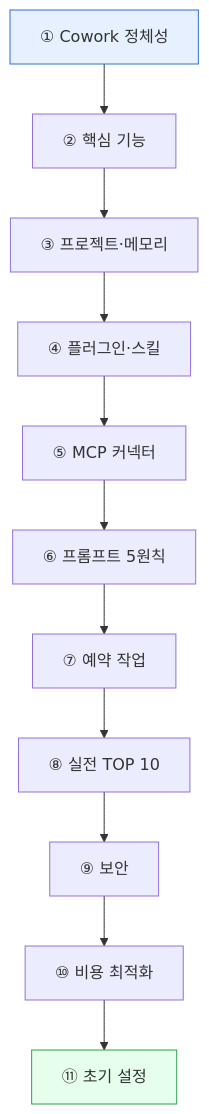
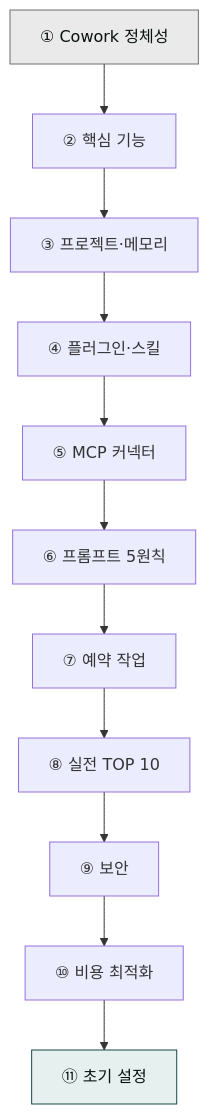
Before and after one commit to modu-ai/claude: the diagram in content/cookbook/best-practices.md, drawn with Mermaid. The commit also changed 97 other files, not shown here.

First line of the commit message:
style(docs-site): mermaid 색상 브랜드 정합 + 라이트 테마 단일화

````diff
--- a/content/cookbook/best-practices.md
+++ b/content/cookbook/best-practices.md
@@ -10,16 +10,16 @@
 ```mermaid
 flowchart TD
     A["① Cowork 정체성"] --> B["② 핵심 기능"]
     B --> C["③ 프로젝트·메모리"]
     C --> D["④ 플러그인·스킬"]
     D --> E["⑤ MCP 커넥터"]
     E --> F["⑥ 프롬프트 5원칙"]
     F --> G["⑦ 예약 작업"]
     G --> H["⑧ 실전 TOP 10"]
     H --> I["⑨ 보안"]
     I --> J["⑩ 비용 최적화"]
     J --> K["⑪ 초기 설정"]
 
-    style A fill:#e6f0ff,stroke:#3070d0
-    style K fill:#e6ffec,stroke:#30a050
+    style A fill:#eaeaea,stroke:#6e6e6e,color:#09110f
+    style K fill:#e6f0ef,stroke:#144a46,color:#09110f
 ```
````
